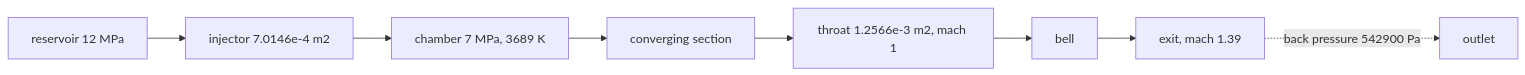
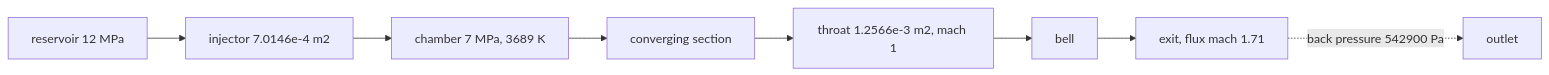
The diagram in docs/numerics/2d/chamber-throat.md (totallynotbrent/nuFor), drawn with Mermaid before and after one commit. The commit also changed other lines of this file and 17 other files, not shown here.

````diff
--- a/docs/numerics/2d/chamber-throat.md
+++ b/docs/numerics/2d/chamber-throat.md
@@ -10,10 +10,10 @@
 ```mermaid
 flowchart LR
   tank["reservoir 12 MPa"] --> inj["injector 7.0146e-4 m2"]
   inj --> chamber["chamber 7 MPa, 3689 K"]
   chamber --> conv["converging section"]
   conv --> throat["throat 1.2566e-3 m2, mach 1"]
   throat --> bell["bell"]
-  bell --> exit["exit, mach 1.39"]
+  bell --> exit["exit, flux mach 1.71"]
   exit -. back pressure 542900 Pa .-> outlet
 ```
````
